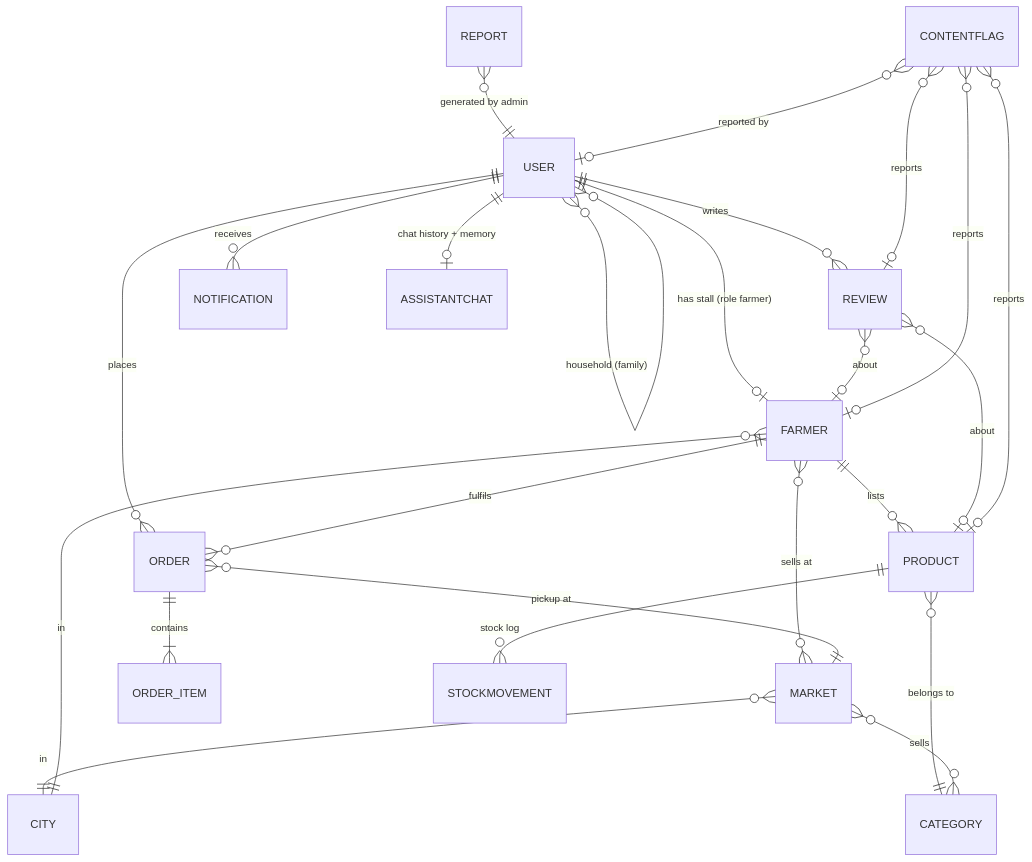
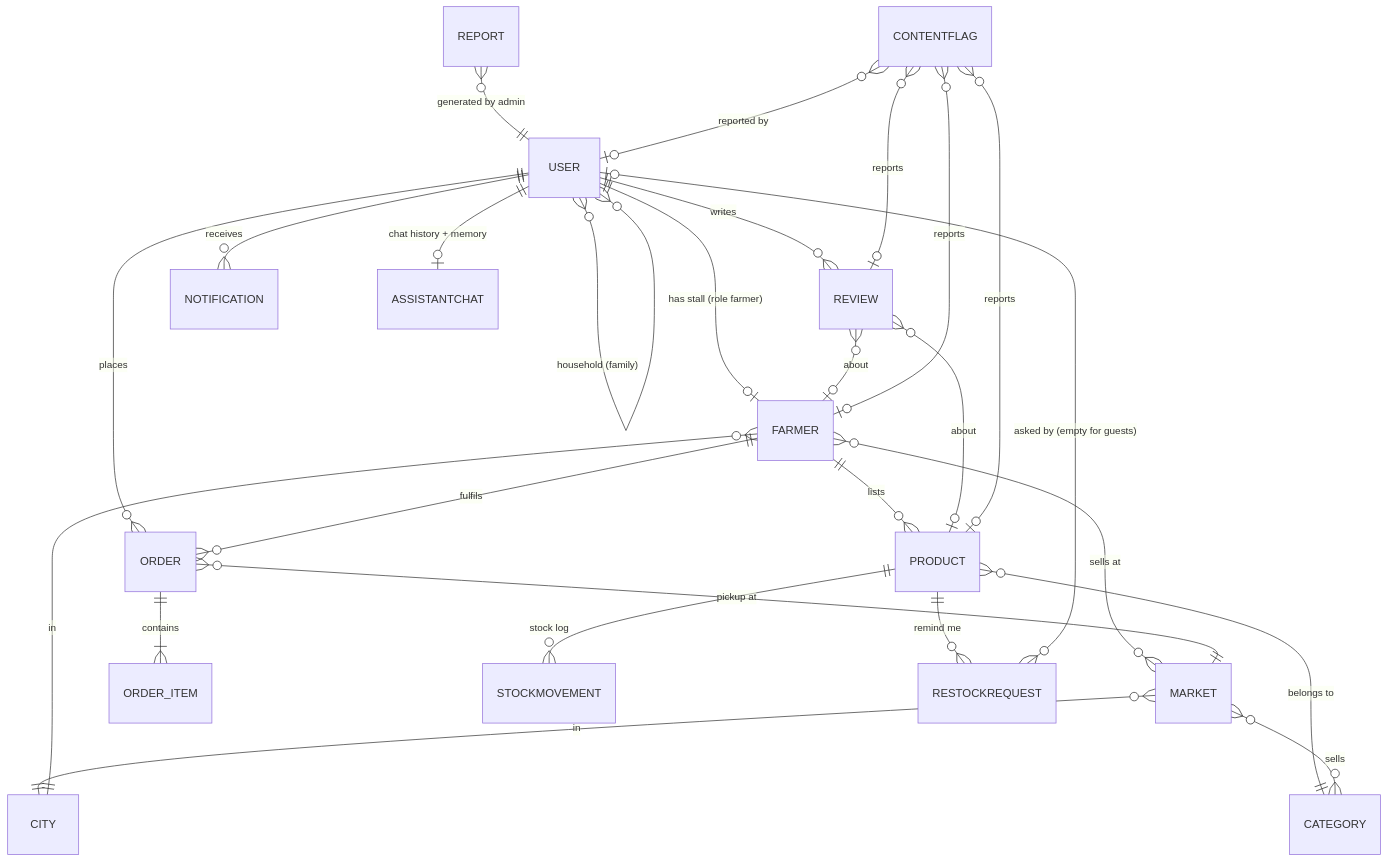
One commit to gulam603/TechWiz2026 changed the third of 4 diagrams in MarketLink/docs/architecture.md. Above: the diagram before and after it, drawn with Mermaid. The commit also changed other lines of this file and 31 other files, not shown here.

First line of the commit message:
Project report, test plan, ReadMe with assumptions and diagrams (drafts for the team)

````diff
--- a/MarketLink/docs/architecture.md
+++ b/MarketLink/docs/architecture.md
@@ -109,26 +109,28 @@
 ```mermaid
 erDiagram
   USER ||--o| FARMER : "has stall (role farmer)"
   USER ||--o{ ORDER : places
   USER ||--o{ REVIEW : writes
   USER ||--o{ NOTIFICATION : receives
   USER ||--o| ASSISTANTCHAT : "chat history + memory"
   USER }o--o{ USER : "household (family)"
   FARMER ||--o{ PRODUCT : lists
   FARMER }o--o{ MARKET : "sells at"
   FARMER ||--o{ ORDER : fulfils
   PRODUCT }o--|| CATEGORY : "belongs to"
   MARKET }o--o{ CATEGORY : "sells"
   MARKET }o--|| CITY : "in"
   FARMER }o--|| CITY : "in"
   ORDER }o--|| MARKET : "pickup at"
   ORDER ||--|{ ORDER_ITEM : contains
   REVIEW }o--o| PRODUCT : about
   REVIEW }o--o| FARMER : about
   REPORT }o--|| USER : "generated by admin"
   PRODUCT ||--o{ STOCKMOVEMENT : "stock log"
   CONTENTFLAG }o--o| REVIEW : reports
   CONTENTFLAG }o--o| PRODUCT : reports
   CONTENTFLAG }o--o| FARMER : reports
   CONTENTFLAG }o--o| USER : "reported by"
+  PRODUCT ||--o{ RESTOCKREQUEST : "remind me"
+  RESTOCKREQUEST }o--o| USER : "asked by (empty for guests)"
 ```
````
